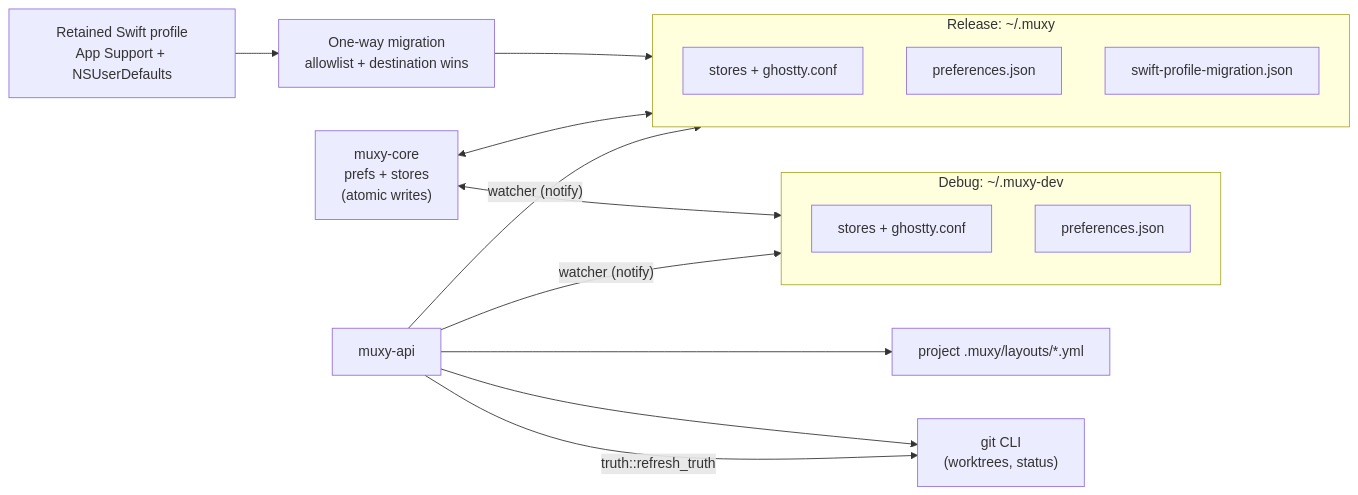
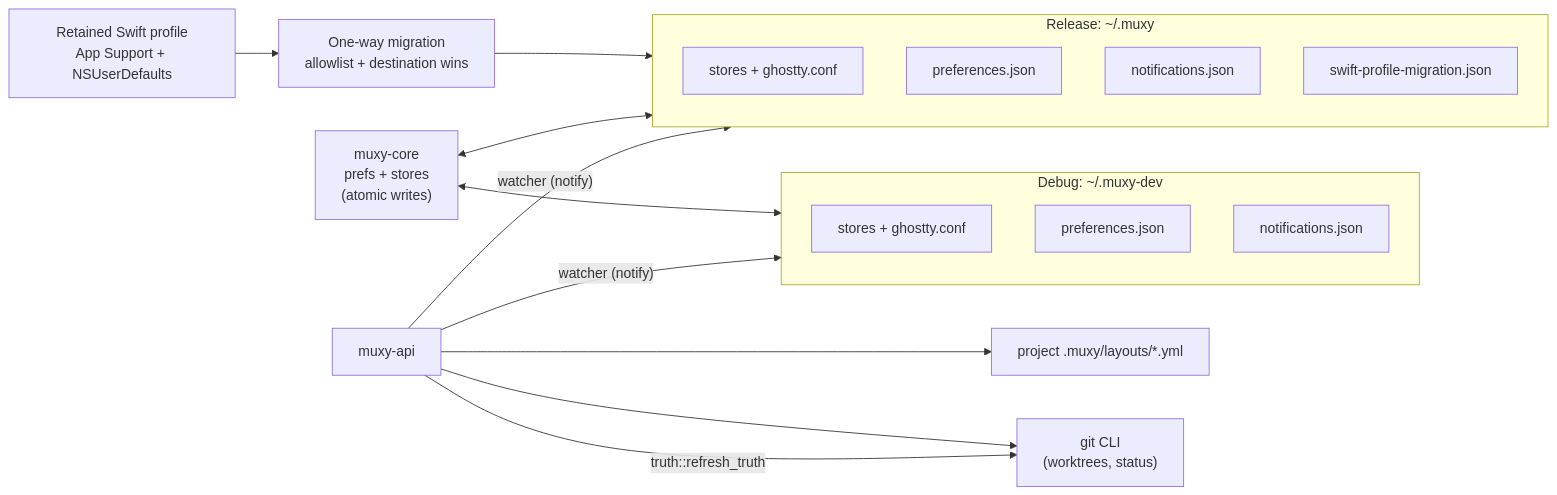
Before and after one commit to muxy-app/muxy: the sixth of 11 diagrams in ARCHITECTURE.md, drawn with Mermaid. The commit also changed other lines of this file and 54 other files, not shown here.

````diff
--- a/ARCHITECTURE.md
+++ b/ARCHITECTURE.md
@@ -126,26 +153,28 @@
 ```mermaid
 flowchart LR
     SWIFT["Retained Swift profile\nApp Support + NSUserDefaults"]
     MIG["One-way migration\nallowlist + destination wins"]
     subgraph release["Release: ~/.muxy"]
         RF["stores + ghostty.conf"]
         RP["preferences.json"]
+        RN["notifications.json"]
         RS["swift-profile-migration.json"]
     end
     subgraph debug["Debug: ~/.muxy-dev"]
         DF["stores + ghostty.conf"]
         DP["preferences.json"]
+        DN["notifications.json"]
     end
     PY["project .muxy/layouts/*.yml"]
     GIT["git CLI\n(worktrees, status)"]
 
     SWIFT --> MIG
     MIG --> release
     core["muxy-core\nprefs + stores\n(atomic writes)"] <--> release
     core <--> debug
     api["muxy-api"] --> PY
     api --> GIT
     api -- "watcher (notify)" --> release
     api -- "watcher (notify)" --> debug
     api -- "truth::refresh_truth" --> GIT
 ```
````
